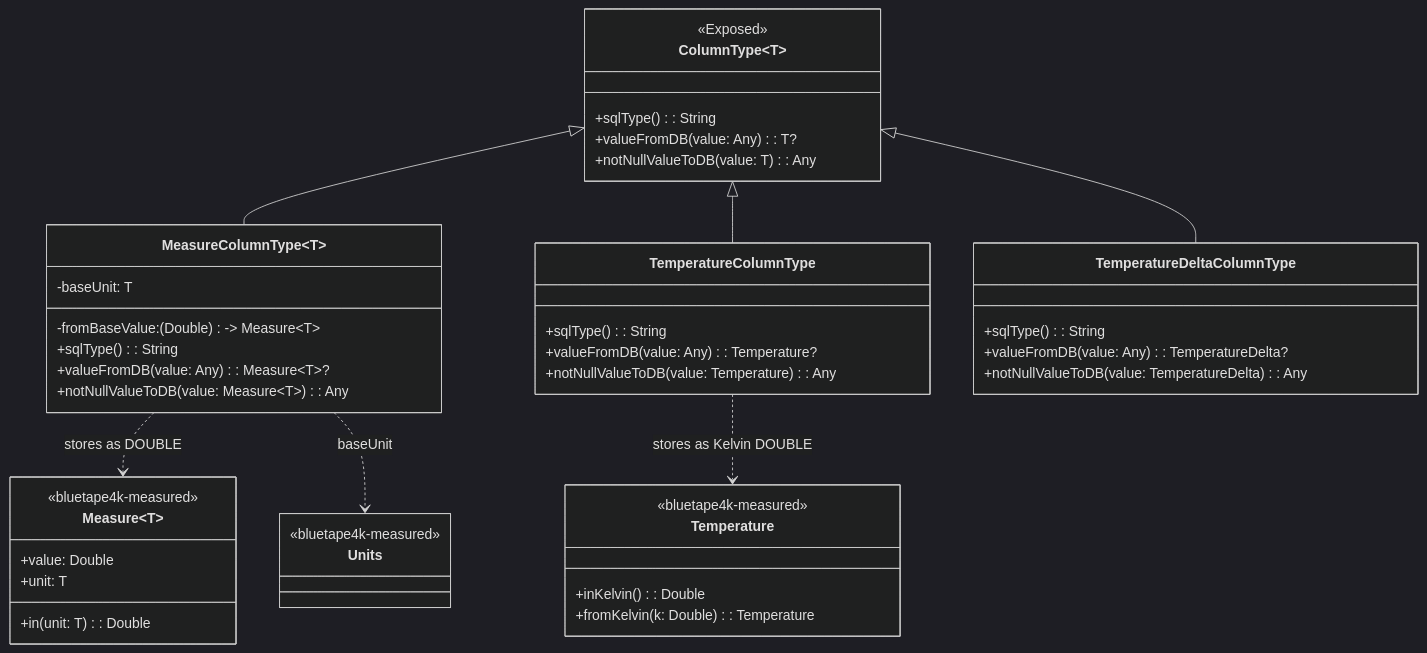
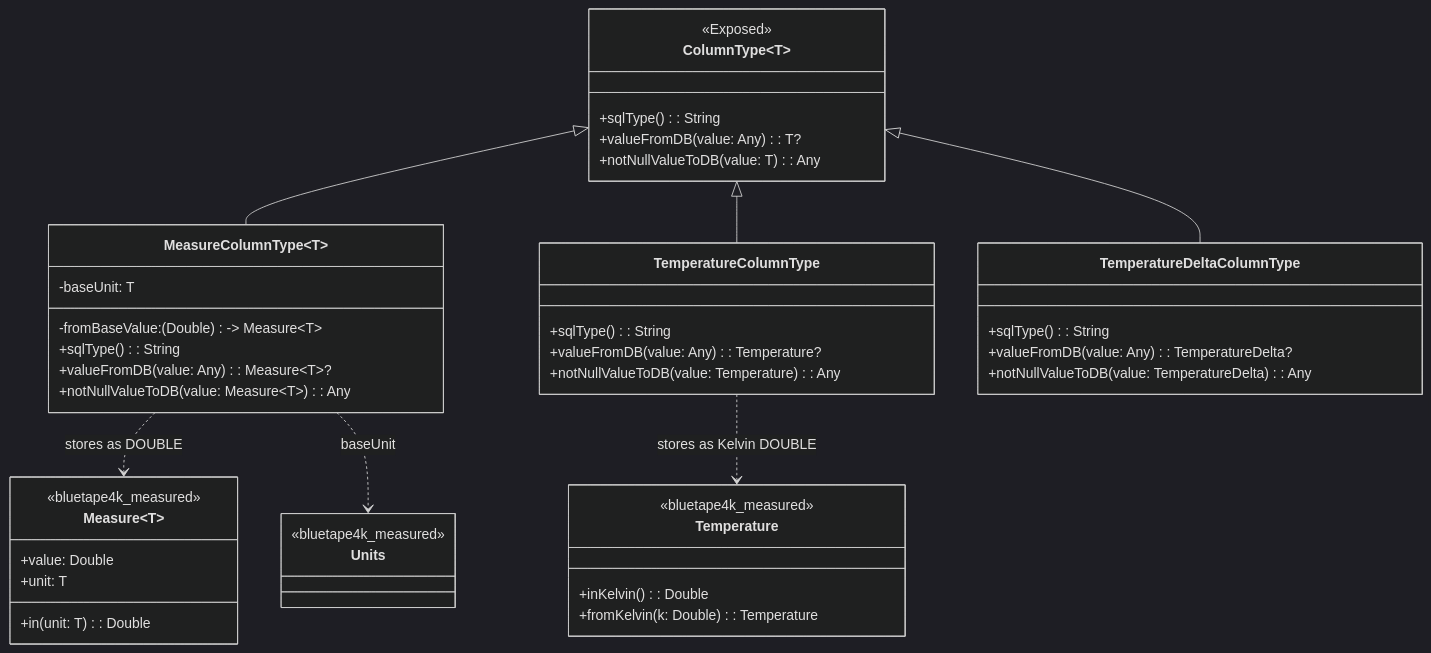
One commit to bluetape4k/bluetape4k-projects changed the first of 3 diagrams in data/exposed-measured/README.md. Above: the diagram before and after it, drawn with Mermaid (dark theme). The commit also changed 95 other files, not shown here.

First line of the commit message:
docs: Mermaid 파서 오류 전체 수정 (IntelliJ IDEA 호환)

````diff
--- a/data/exposed-measured/README.md
+++ b/data/exposed-measured/README.md
@@ -27,49 +27,49 @@
 ```mermaid
 classDiagram
     class ColumnType~T~ {
         <<Exposed>>
         +sqlType(): String
         +valueFromDB(value: Any): T?
         +notNullValueToDB(value: T): Any
     }
 
     class MeasureColumnType~T~ {
         -baseUnit: T
         -fromBaseValue: (Double) -> Measure~T~
         +sqlType(): String
         +valueFromDB(value: Any): Measure~T~?
         +notNullValueToDB(value: Measure~T~): Any
     }
     class TemperatureColumnType {
         +sqlType(): String
         +valueFromDB(value: Any): Temperature?
         +notNullValueToDB(value: Temperature): Any
     }
     class TemperatureDeltaColumnType {
         +sqlType(): String
         +valueFromDB(value: Any): TemperatureDelta?
         +notNullValueToDB(value: TemperatureDelta): Any
     }
 
     class Measure~T~ {
-        <<bluetape4k-measured>>
+        <<bluetape4k_measured>>
         +value: Double
         +unit: T
         +in(unit: T): Double
     }
     class Units {
-        <<bluetape4k-measured>>
+        <<bluetape4k_measured>>
     }
     class Temperature {
-        <<bluetape4k-measured>>
+        <<bluetape4k_measured>>
         +inKelvin(): Double
         +fromKelvin(k: Double): Temperature
     }
 
     ColumnType <|-- MeasureColumnType
     ColumnType <|-- TemperatureColumnType
     ColumnType <|-- TemperatureDeltaColumnType
     MeasureColumnType ..> Measure : stores as DOUBLE
     MeasureColumnType ..> Units : baseUnit
     TemperatureColumnType ..> Temperature : stores as Kelvin DOUBLE
 ```
````
